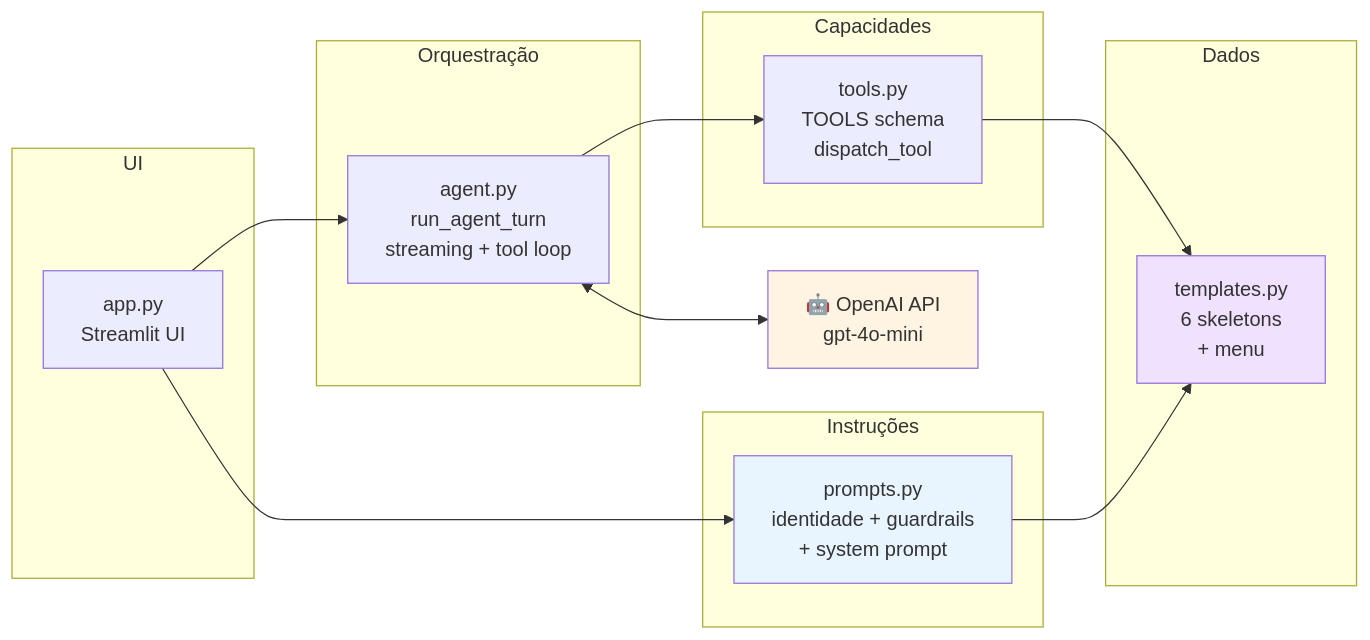
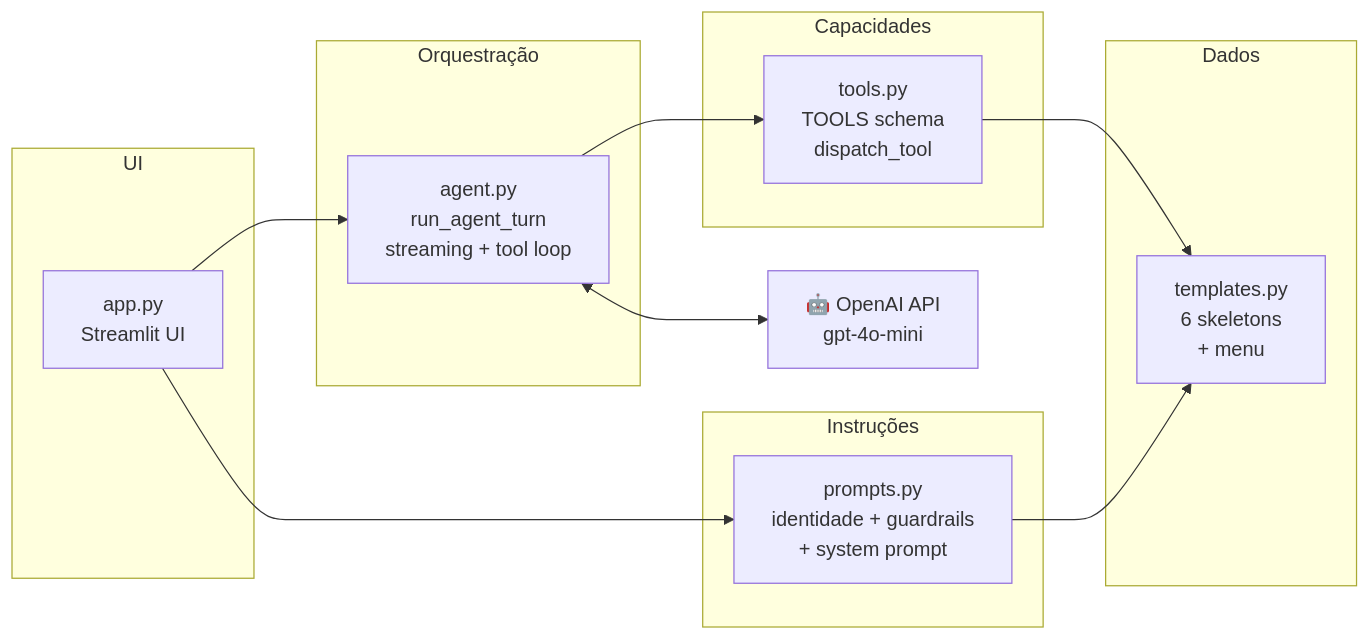
One commit to LuisErlacher/fundamentos-ia-generativa changed the second of 2 diagrams in README.md. Above: the diagram before and after it, drawn with Mermaid. The commit also changed other lines of this file, not shown here.

````diff
--- a/README.md
+++ b/README.md
@@ -56,30 +44,26 @@
 ```mermaid
 graph LR
     subgraph UI
         APP[app.py<br/>Streamlit UI]
     end
     subgraph Orquestração
         AGENT[agent.py<br/>run_agent_turn<br/>streaming + tool loop]
     end
     subgraph Capacidades
         TOOLS[tools.py<br/>TOOLS schema<br/>dispatch_tool]
     end
     subgraph Dados
         TPL[templates.py<br/>6 skeletons<br/>+ menu]
     end
     subgraph Instruções
         PRM[prompts.py<br/>identidade + guardrails<br/>+ system prompt]
     end
     API[🤖 OpenAI API<br/>gpt-4o-mini]
 
     APP --> AGENT
     APP --> PRM
     AGENT --> TOOLS
     AGENT <--> API
     TOOLS --> TPL
     PRM --> TPL
-
-    style API fill:#fff4e1
-    style TPL fill:#f0e1ff
-    style PRM fill:#e8f5ff
 ```
````
